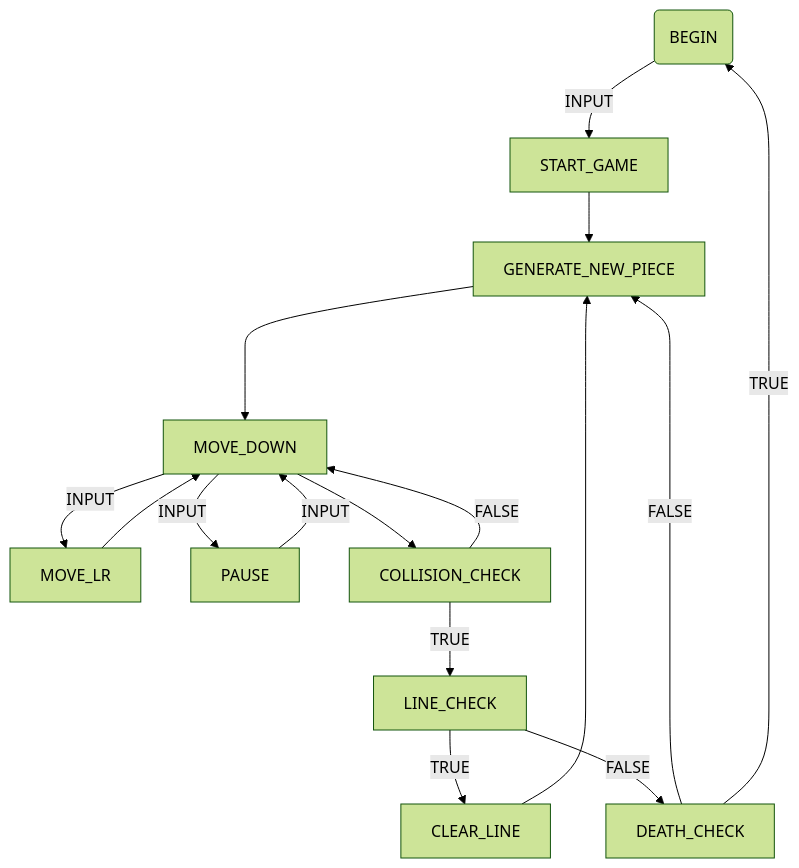
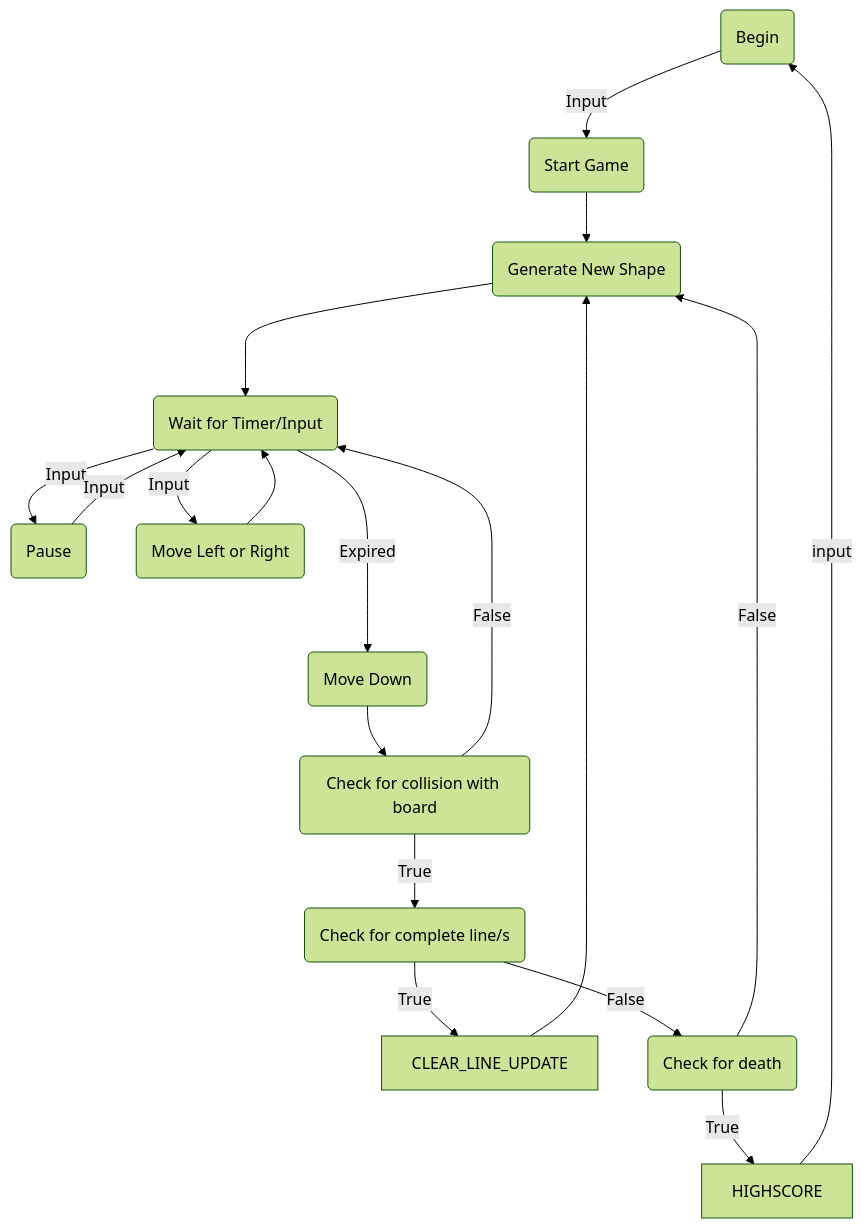
One commit to themjbe/STM32-Tetris changed the diagram in game_engine.md. Above: the diagram before and after it, drawn with Mermaid (forest theme). The commit also changed 1 other file, not shown here.

Commit message:
Modifying flow charts

````diff
--- a/game_engine.md
+++ b/game_engine.md
@@ -1,32 +1,18 @@
 ```mermaid
-  graph TD
-    BEGIN
-    
-    START_GAME
-
-    GENERATE_NEW_PIECE
-    
-    MOVE_DOWN
-    
-    MOVE_LR
-    PAUSE
-    COLLISION_CHECK
-    
-    LINE_CHECK
-    CLEAR_LINE
-    DEATH_CHECK
-    
-    MOVE_DOWN-->COLLISION_CHECK
-    MOVE_DOWN--INPUT-->MOVE_LR-->MOVE_DOWN
-    MOVE_DOWN--INPUT-->PAUSE--INPUT-->MOVE_DOWN
-    COLLISION_CHECK--FALSE-->MOVE_DOWN
-    GENERATE_NEW_PIECE--->MOVE_DOWN
-    LINE_CHECK--TRUE-->CLEAR_LINE
-    LINE_CHECK--FALSE-->DEATH_CHECK
-    BEGIN(BEGIN)--INPUT-->START_GAME
-    DEATH_CHECK--FALSE-->GENERATE_NEW_PIECE
-    DEATH_CHECK--TRUE-->BEGIN
-    COLLISION_CHECK--TRUE-->LINE_CHECK
-    START_GAME-->GENERATE_NEW_PIECE
-    CLEAR_LINE-->GENERATE_NEW_PIECE
+  graph TB    
+    BEGIN(Begin)--Input-->START_GAME
+    START_GAME(Start Game)-->GENERATE_NEW_SHAPE
+    MOVE_DOWN(Move Down)-->COLLISION_CHECK
+    WAIT(Wait for Timer/Input)--Input-->PAUSE(Pause)--Input-->WAIT
+    WAIT--Input-->MOVE_LR(Move Left or Right)-->WAIT
+    COLLISION_CHECK(Check for collision with board)--False-->WAIT
+    GENERATE_NEW_SHAPE(Generate New Shape)--->WAIT
+    WAIT--Expired--->MOVE_DOWN
+    LINE_CHECK(Check for complete line/s)--True-->CLEAR_LINE_UPDATE
+    LINE_CHECK--False-->DEATH_CHECK
+    DEATH_CHECK(Check for death)--False-->GENERATE_NEW_SHAPE
+    DEATH_CHECK--True-->HIGHSCORE
+    COLLISION_CHECK--True-->LINE_CHECK
+    CLEAR_LINE_UPDATE-->GENERATE_NEW_SHAPE
+    HIGHSCORE--input-->BEGIN
 ```
````
